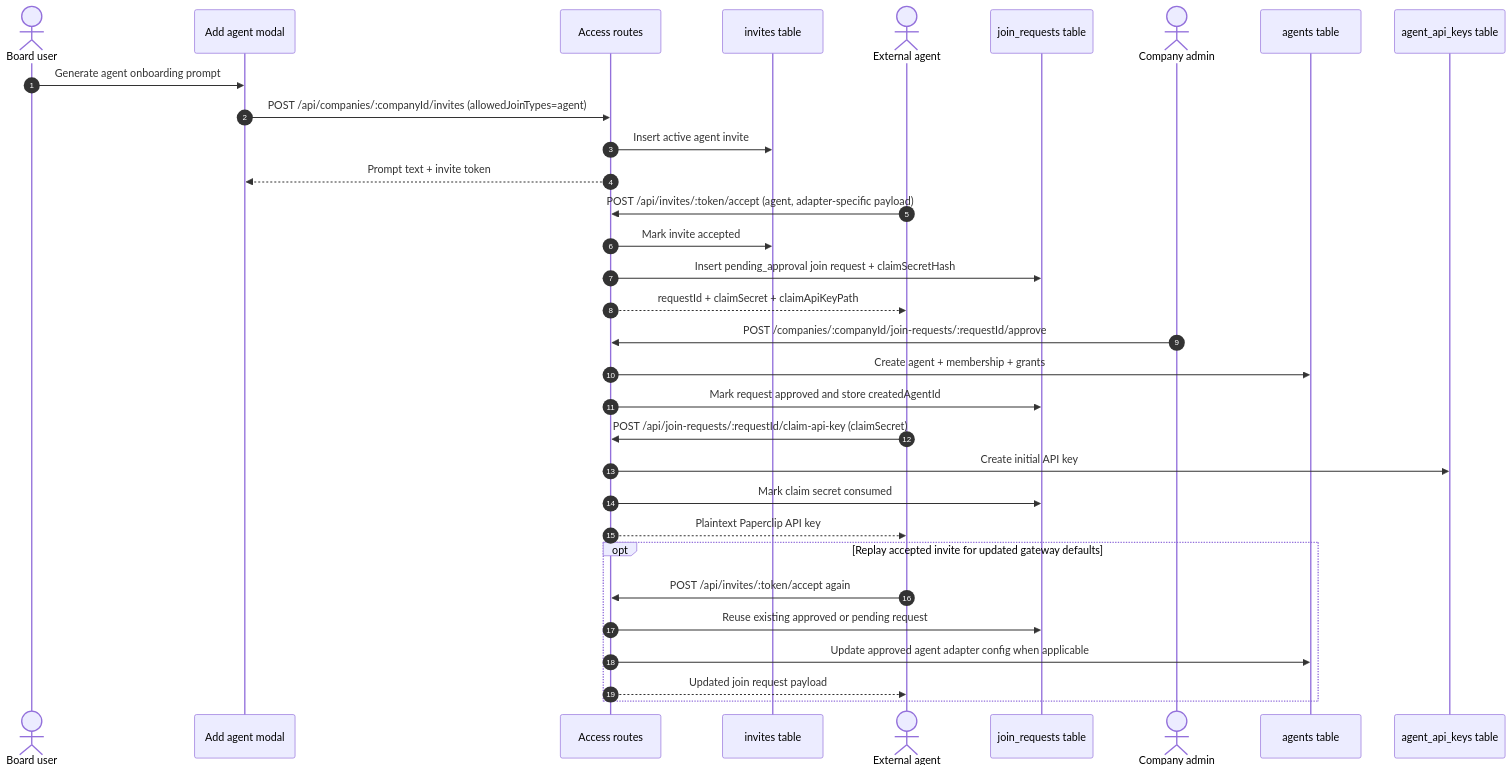
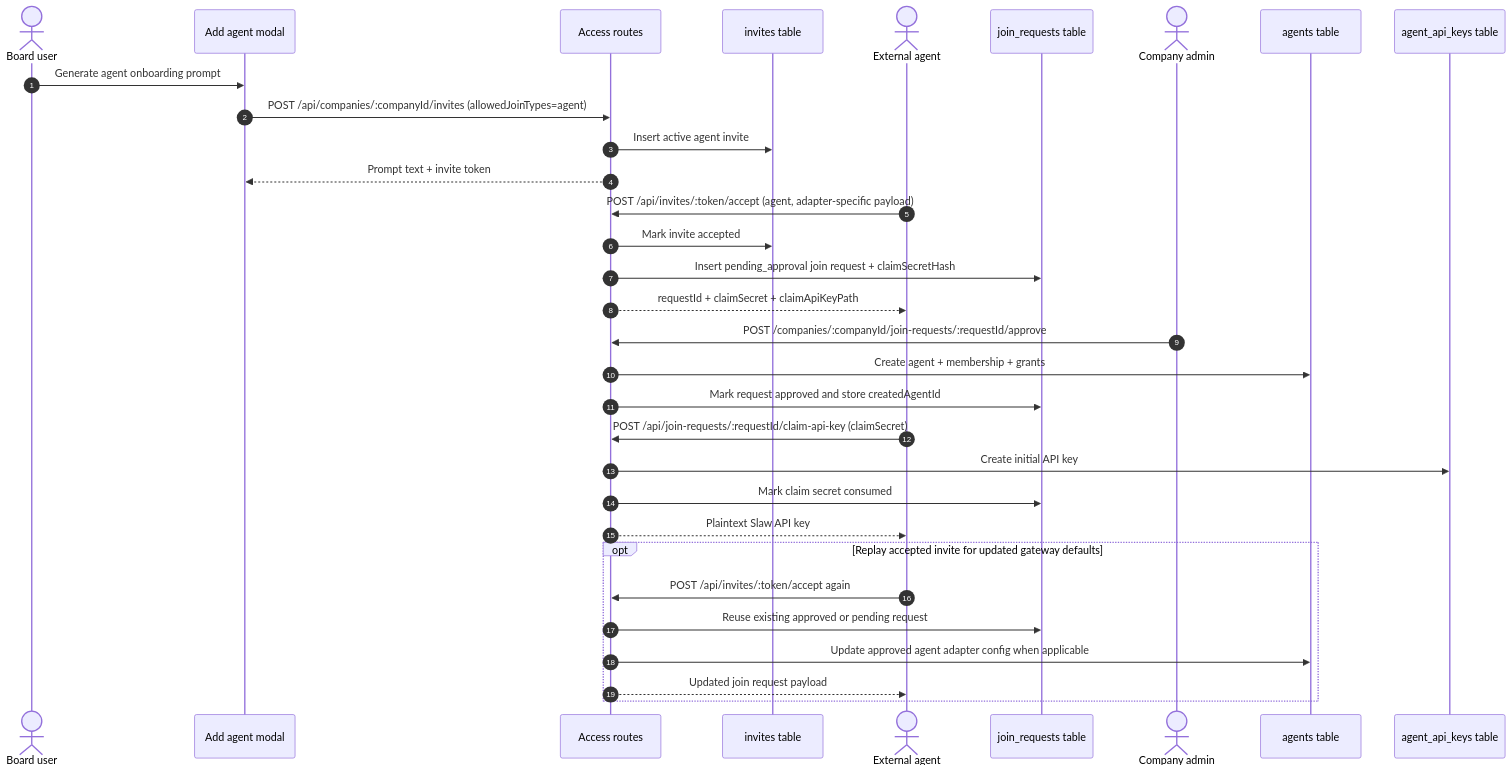
Before and after one commit to slaw-ai/slaw: the sixth of 6 diagrams in doc/spec/invite-flow.md, drawn with Mermaid. The commit also changed 1647 other files, not shown here.

First line of the commit message:
Rebrand paperclip -> SLAW (Simple Localised Agent Workforce)

````diff
--- a/doc/spec/invite-flow.md
+++ b/doc/spec/invite-flow.md
@@ -243,39 +243,39 @@
 ```mermaid
 sequenceDiagram
   autonumber
   actor Board as Board user
   participant AddAgent as Add agent modal
   participant API as Access routes
   participant Invites as invites table
   actor Gateway as External agent
   participant Join as join_requests table
   actor Approver as Company admin
   participant Agents as agents table
   participant Keys as agent_api_keys table
 
   Board->>AddAgent: Generate agent onboarding prompt
   AddAgent->>API: POST /api/companies/:companyId/invites (allowedJoinTypes=agent)
   API->>Invites: Insert active agent invite
   API-->>AddAgent: Prompt text + invite token
 
   Gateway->>API: POST /api/invites/:token/accept (agent, adapter-specific payload)
   API->>Invites: Mark invite accepted
   API->>Join: Insert pending_approval join request + claimSecretHash
   API-->>Gateway: requestId + claimSecret + claimApiKeyPath
 
   Approver->>API: POST /companies/:companyId/join-requests/:requestId/approve
   API->>Agents: Create agent + membership + grants
   API->>Join: Mark request approved and store createdAgentId
 
   Gateway->>API: POST /api/join-requests/:requestId/claim-api-key (claimSecret)
   API->>Keys: Create initial API key
   API->>Join: Mark claim secret consumed
-  API-->>Gateway: Plaintext Paperclip API key
+  API-->>Gateway: Plaintext Slaw API key
 
   opt Replay accepted invite for updated gateway defaults
     Gateway->>API: POST /api/invites/:token/accept again
     API->>Join: Reuse existing approved or pending request
     API->>Agents: Update approved agent adapter config when applicable
     API-->>Gateway: Updated join request payload
   end
 ```
````
